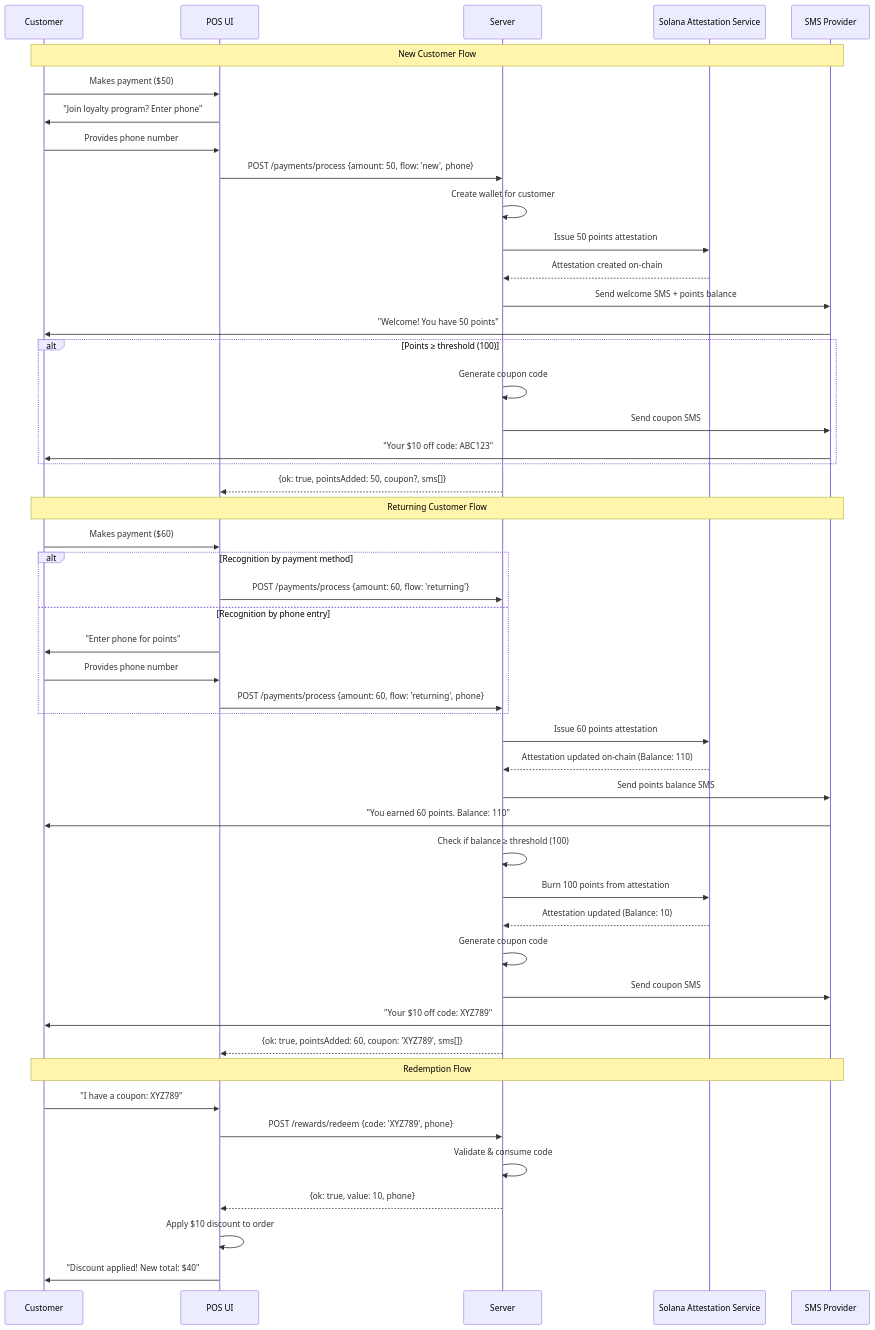
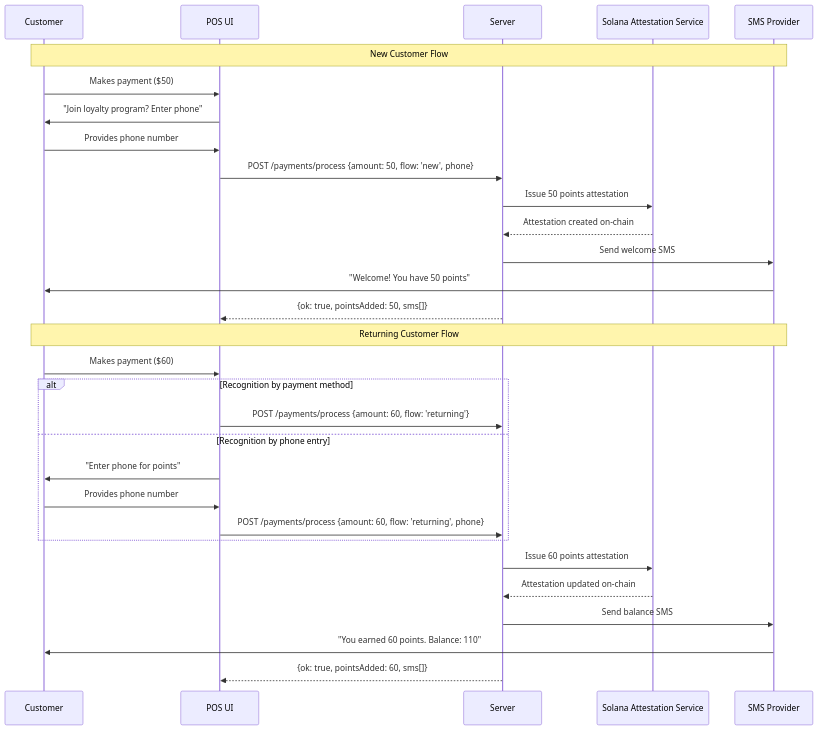
The first of 2 diagrams in README.md (death-beach/sas-loyalty-starter), drawn with Mermaid before and after one commit. The commit also changed other lines of this file, not shown here.

Commit message:
broke up the diagram into 2 flows

````diff
--- a/README.md
+++ b/README.md
@@ -120,54 +123,34 @@
 ```mermaid
 sequenceDiagram
   participant Customer
   participant POS as POS UI
   participant Server
   participant SAS as Solana Attestation Service
   participant SMS as SMS Provider
   
   Note over Customer,SMS: New Customer Flow
   Customer->>POS: Makes payment ($50)
   POS->>Customer: "Join loyalty program? Enter phone"
   Customer->>POS: Provides phone number
   POS->>Server: POST /payments/process {amount: 50, flow: 'new', phone}
-  Server->>Server: Create wallet for customer
   Server->>SAS: Issue 50 points attestation
   SAS-->>Server: Attestation created on-chain
-  Server->>SMS: Send welcome SMS + points balance
+  Server->>SMS: Send welcome SMS
   SMS->>Customer: "Welcome! You have 50 points"
-  alt Points ≥ threshold (100)
-    Server->>Server: Generate coupon code
-    Server->>SMS: Send coupon SMS
-    SMS->>Customer: "Your $10 off code: ABC123"
-  end
-  Server-->>POS: {ok: true, pointsAdded: 50, coupon?, sms[]}
+  Server-->>POS: {ok: true, pointsAdded: 50, sms[]}
   
   Note over Customer,SMS: Returning Customer Flow  
   Customer->>POS: Makes payment ($60)
   alt Recognition by payment method
     POS->>Server: POST /payments/process {amount: 60, flow: 'returning'}
   else Recognition by phone entry
     POS->>Customer: "Enter phone for points"
     Customer->>POS: Provides phone number
     POS->>Server: POST /payments/process {amount: 60, flow: 'returning', phone}
   end
   Server->>SAS: Issue 60 points attestation
-  SAS-->>Server: Attestation updated on-chain (Balance: 110)
-  Server->>SMS: Send points balance SMS
+  SAS-->>Server: Attestation updated on-chain
+  Server->>SMS: Send balance SMS
   SMS->>Customer: "You earned 60 points. Balance: 110"
-  Server->>Server: Check if balance ≥ threshold (100)
-  Server->>SAS: Burn 100 points from attestation
-  SAS-->>Server: Attestation updated (Balance: 10)
-  Server->>Server: Generate coupon code
-  Server->>SMS: Send coupon SMS
-  SMS->>Customer: "Your $10 off code: XYZ789"
-  Server-->>POS: {ok: true, pointsAdded: 60, coupon: 'XYZ789', sms[]}
-  
-  Note over Customer,SMS: Redemption Flow
-  Customer->>POS: "I have a coupon: XYZ789"
-  POS->>Server: POST /rewards/redeem {code: 'XYZ789', phone}
-  Server->>Server: Validate & consume code
-  Server-->>POS: {ok: true, value: 10, phone}
-  POS->>POS: Apply $10 discount to order
-  POS->>Customer: "Discount applied! New total: $40"
+  Server-->>POS: {ok: true, pointsAdded: 60, sms[]}
 ```
````
